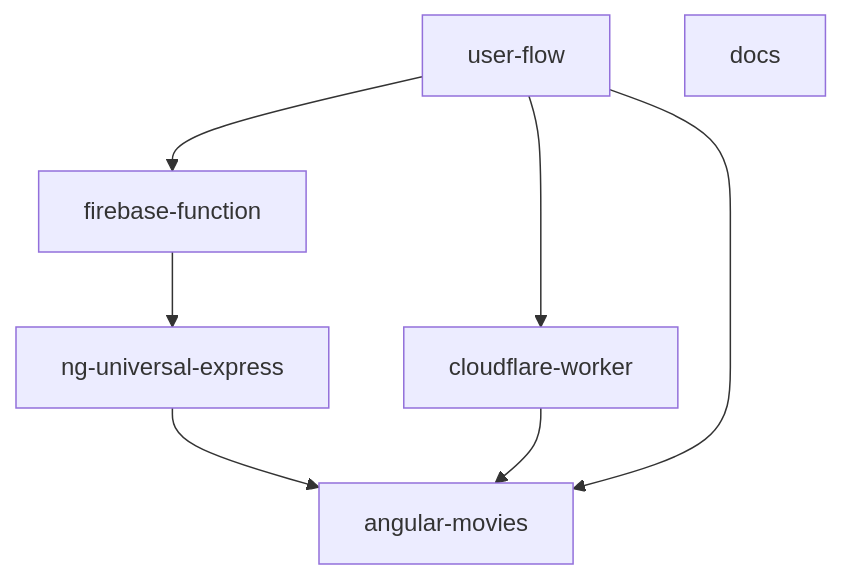
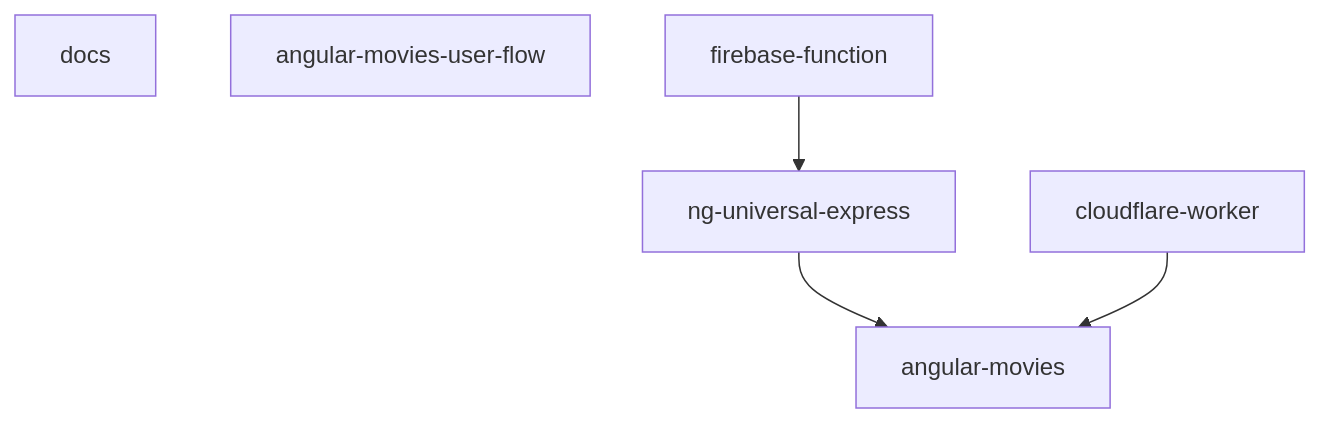
One commit to tastejs/angular-movies changed the second of 2 diagrams in CONTRIBUTING.md. Above: the diagram before and after it, drawn with Mermaid. The commit also changed other lines of this file, not shown here.

````diff
--- a/CONTRIBUTING.md
+++ b/CONTRIBUTING.md
@@ -26,10 +26,8 @@
 ```mermaid
 graph TD;
+    docs
+    angular-movies-user-flow;
+    firebase-function-->ng-universal-express;
     ng-universal-express-->angular-movies;
-    firebase-function-->ng-universal-express;
     cloudflare-worker-->angular-movies;
-    user-flow-->angular-movies;
-    user-flow-->firebase-function;
-    user-flow-->cloudflare-worker;
-    docs
 ```
````
